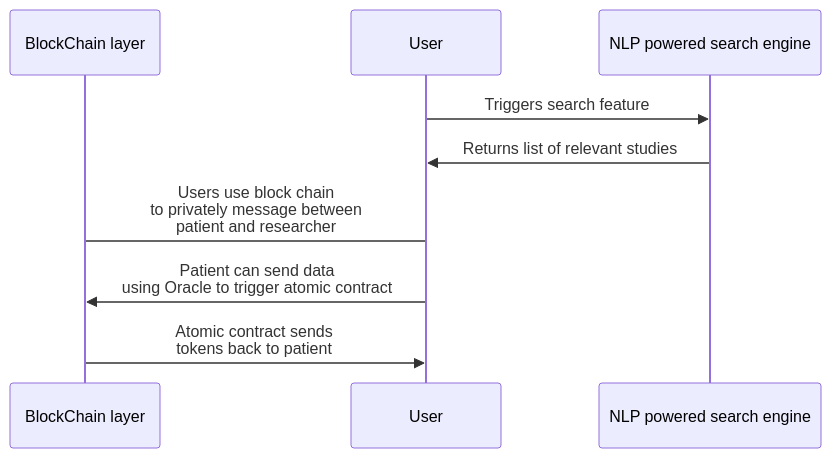
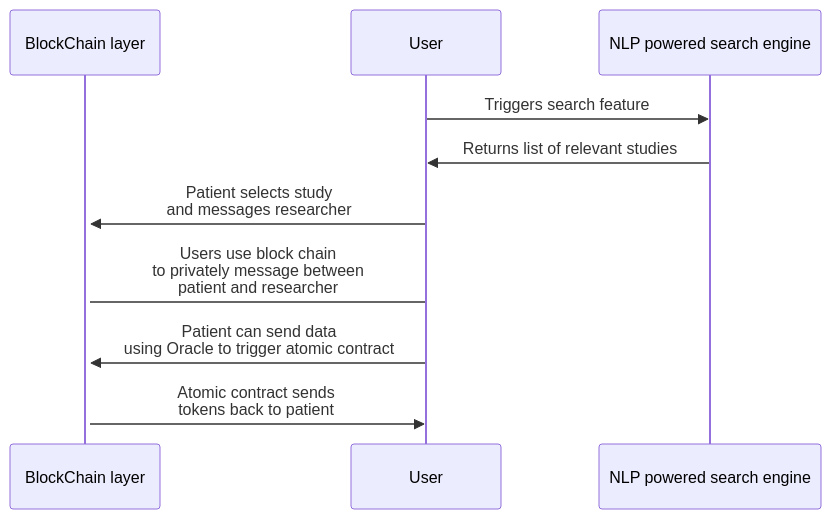
Before and after one commit to AI-and-Blockchain/S22_StudyBlock: the second of 2 diagrams in README.md, drawn with Mermaid.

````diff
--- a/README.md
+++ b/README.md
@@ -30,11 +30,12 @@
 ```mermaid
 sequenceDiagram;
     Participant B as BlockChain layer
     Participant C as User
     Participant A as NLP powered search engine
     C ->> A: Triggers search feature
     A ->> C: Returns list of relevant studies
+    C ->>+ B: Patient selects study <br> and messages researcher
     C -> B: Users use block chain <br> to privately message between <br> patient and researcher
     C ->> B: Patient can send data <br> using Oracle to trigger atomic contract
     B ->> C:  Atomic contract sends <br> tokens back to patient
 ```
````
